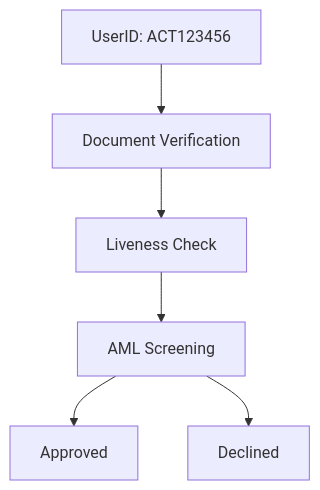
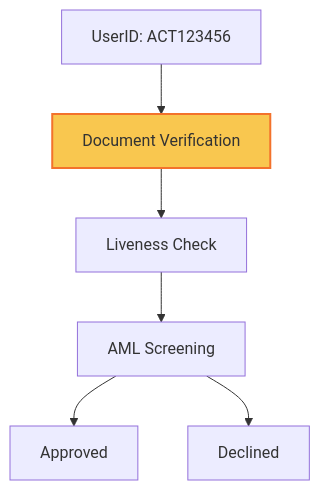
Before and after one commit to Fantastic-Devs/Mintlify: the diagram in id/id.mdx, drawn with Mermaid.

````diff
--- a/id/id.mdx
+++ b/id/id.mdx
@@ -17,15 +17,17 @@
 ```mermaid
 
 graph TB;
     A["UserID: ACT123456"];
     B["Document Verification"];
     C["Liveness Check"];
     D["AML Screening"];
     E["Approved"];
     F["Declined"];
     A--> B;
     B--> C;
     C--> D;
     D--> E & F;
 
+style B fill:#f9c74f,stroke:#f3722c,stroke-width:2px
+
 ```
````
